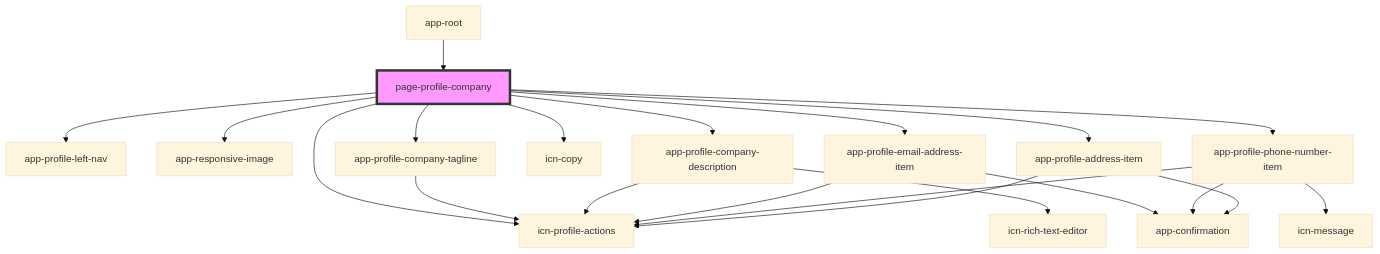
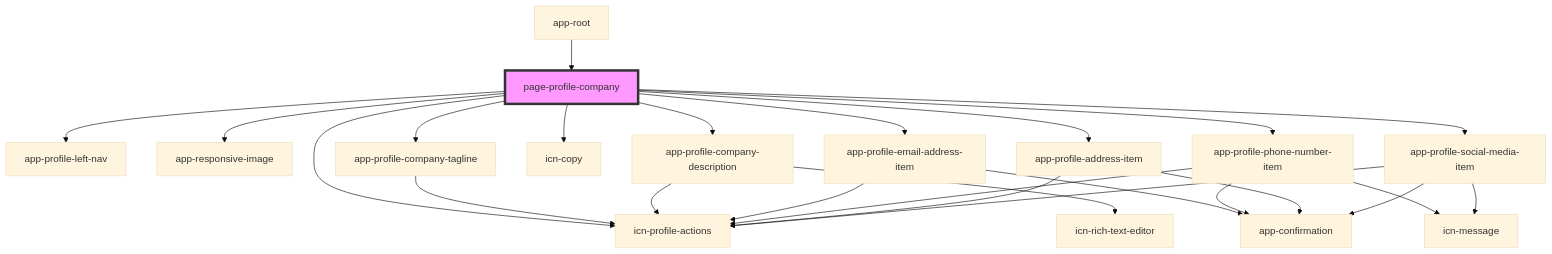
Before and after one commit to lokheed/IconEventNetwork.Web: the diagram in iconeventnetwork-web/src/components/pages/page-profile-company/readme.md, drawn with Mermaid (base theme). The commit also changed other lines of this file and 15 other files, not shown here.

Commit message:
US527 T702 company social media accounts

````diff
--- a/iconeventnetwork-web/src/components/pages/page-profile-company/readme.md
+++ b/iconeventnetwork-web/src/components/pages/page-profile-company/readme.md
@@ -34,24 +35,28 @@
 ```mermaid
 graph TD;
   page-profile-company --> app-profile-left-nav
   page-profile-company --> app-responsive-image
   page-profile-company --> icn-profile-actions
   page-profile-company --> app-profile-company-tagline
   page-profile-company --> app-profile-company-description
   page-profile-company --> icn-copy
   page-profile-company --> app-profile-email-address-item
   page-profile-company --> app-profile-phone-number-item
   page-profile-company --> app-profile-address-item
+  page-profile-company --> app-profile-social-media-item
   app-profile-company-tagline --> icn-profile-actions
   app-profile-company-description --> icn-profile-actions
   app-profile-company-description --> icn-rich-text-editor
   app-profile-email-address-item --> icn-profile-actions
   app-profile-email-address-item --> app-confirmation
   app-profile-phone-number-item --> icn-message
   app-profile-phone-number-item --> icn-profile-actions
   app-profile-phone-number-item --> app-confirmation
   app-profile-address-item --> icn-profile-actions
   app-profile-address-item --> app-confirmation
+  app-profile-social-media-item --> icn-profile-actions
+  app-profile-social-media-item --> icn-message
+  app-profile-social-media-item --> app-confirmation
   app-root --> page-profile-company
   style page-profile-company fill:#f9f,stroke:#333,stroke-width:4px
 ```
````
